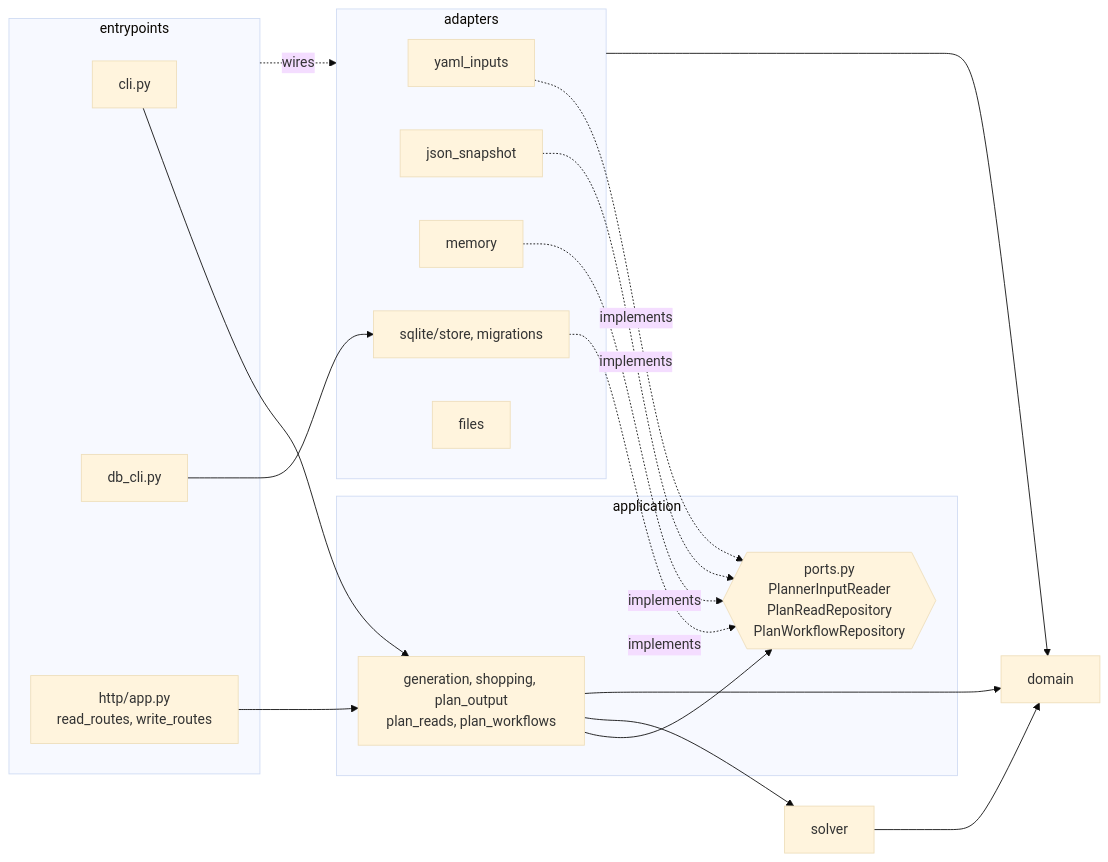
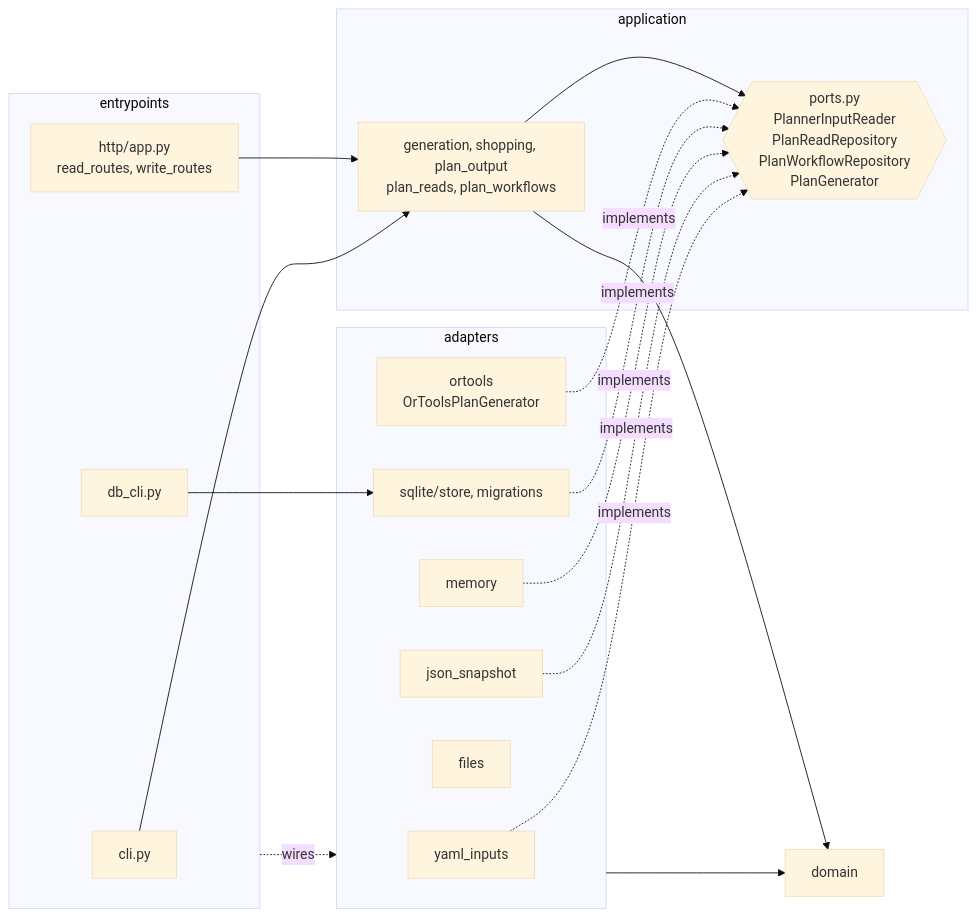
One commit to anyk17/meal-prep changed the diagram in docs/ARCHITECTURE.md. Above: the diagram before and after it, drawn with Mermaid (base theme). The commit also changed other lines of this file and 29 other files, not shown here.

First line of the commit message:
Weekly rules as domain specifications; solver behind a port

````diff
--- a/docs/ARCHITECTURE.md
+++ b/docs/ARCHITECTURE.md
@@ -15,33 +14,33 @@
 ```mermaid
 flowchart LR
   subgraph entrypoints
     CLI[cli.py]
     DBCLI[db_cli.py]
     HTTP[http/app.py<br/>read_routes, write_routes]
   end
   subgraph adapters
     YAML[yaml_inputs]
     JSON[json_snapshot]
     MEM[memory]
     SQL[sqlite/store, migrations]
     FILES[files]
+    ORT[ortools<br/>OrToolsPlanGenerator]
   end
   subgraph application
-    PORTS{{ports.py<br/>PlannerInputReader<br/>PlanReadRepository<br/>PlanWorkflowRepository}}
+    PORTS{{ports.py<br/>PlannerInputReader<br/>PlanReadRepository<br/>PlanWorkflowRepository<br/>PlanGenerator}}
     SVC[generation, shopping, plan_output<br/>plan_reads, plan_workflows]
   end
-  SOLVER[solver]
   DOMAIN[domain]
   CLI --> SVC
   DBCLI --> SQL
   HTTP --> SVC
   entrypoints -.wires.-> adapters
   YAML -. implements .-> PORTS
   JSON -. implements .-> PORTS
   MEM -. implements .-> PORTS
   SQL -. implements .-> PORTS
+  ORT -. implements .-> PORTS
   SVC --> PORTS
-  SVC --> SOLVER --> DOMAIN
   SVC --> DOMAIN
   adapters --> DOMAIN
 ```
````
